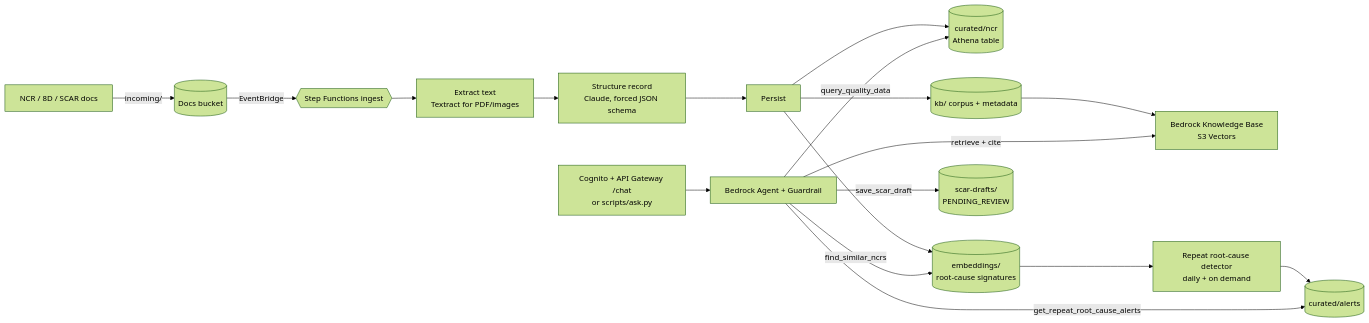
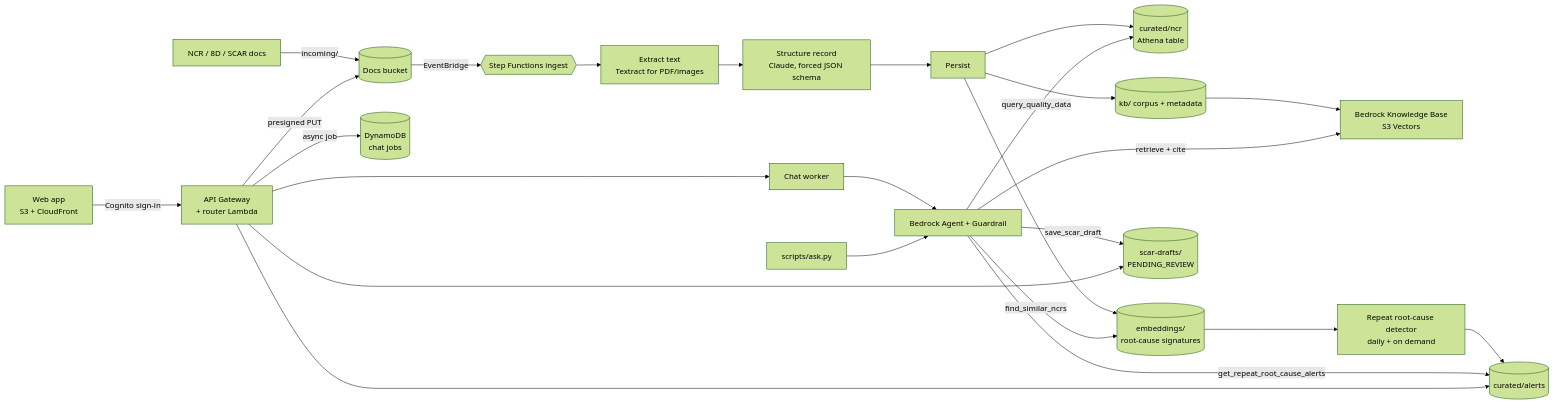
The diagram in README.md (mickemora/supplier-quality-copilot), drawn with Mermaid (forest theme) before and after one commit. The commit also changed other lines of this file and 18 other files, not shown here.

First line of the commit message:
Day 2: web app, async chat, SCAR review

````diff
--- a/README.md
+++ b/README.md
@@ -9,20 +9,26 @@
 ```mermaid
 flowchart LR
     U[NCR / 8D / SCAR docs] -->|incoming/| D[(Docs bucket)]
     D -- EventBridge --> SF{{Step Functions ingest}}
     SF --> X[Extract text<br/>Textract for PDF/images]
     X --> S[Structure record<br/>Claude, forced JSON schema]
     S --> P[Persist]
     P --> C[(curated/ncr<br/>Athena table)]
     P --> K[(kb/ corpus + metadata)]
     P --> E[(embeddings/<br/>root-cause signatures)]
     K --> KB[Bedrock Knowledge Base<br/>S3 Vectors]
     E --> DET[Repeat root-cause detector<br/>daily + on demand]
     DET --> AL[(curated/alerts)]
     A[Bedrock Agent + Guardrail] -->|query_quality_data| C
     A -->|get_repeat_root_cause_alerts| AL
     A -->|find_similar_ncrs| E
     A -->|retrieve + cite| KB
     A -->|save_scar_draft| SD[(scar-drafts/<br/>PENDING_REVIEW)]
-    UI[Cognito + API Gateway /chat<br/>or scripts/ask.py] --> A
+    W[Web app<br/>S3 + CloudFront] -->|Cognito sign-in| API[API Gateway<br/>+ router Lambda]
+    API -->|async job| Q[(DynamoDB<br/>chat jobs)]
+    API --> WK[Chat worker] --> A
+    API -->|presigned PUT| D
+    API --> SD
+    API --> AL
+    CLI[scripts/ask.py] --> A
 ```
````
